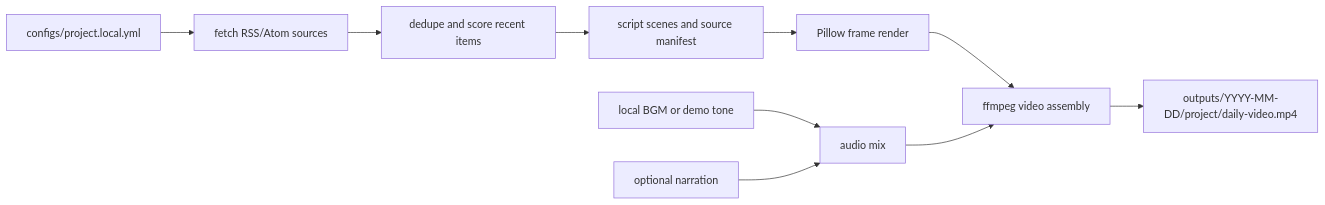
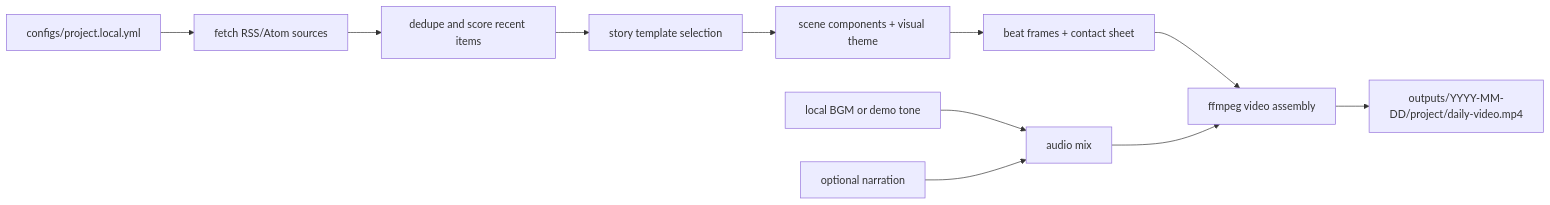
Before and after one commit to ltrr-yx/daily-video-pipeline: the diagram in docs/architecture.md, drawn with Mermaid. The commit also changed other lines of this file and 13 other files, not shown here.

````diff
--- a/docs/architecture.md
+++ b/docs/architecture.md
@@ -5,12 +5,13 @@
 ```mermaid
 flowchart LR
   A["configs/project.local.yml"] --> B["fetch RSS/Atom sources"]
   B --> C["dedupe and score recent items"]
-  C --> D["script scenes and source manifest"]
-  D --> E["Pillow frame render"]
-  E --> F["ffmpeg video assembly"]
+  C --> D["story template selection"]
+  D --> E["scene components + visual theme"]
+  E --> F["beat frames + contact sheet"]
   G["local BGM or demo tone"] --> H["audio mix"]
   I["optional narration"] --> H
-  H --> F
-  F --> J["outputs/YYYY-MM-DD/project/daily-video.mp4"]
+  F --> J["ffmpeg video assembly"]
+  H --> J
+  J --> K["outputs/YYYY-MM-DD/project/daily-video.mp4"]
 ```
````
